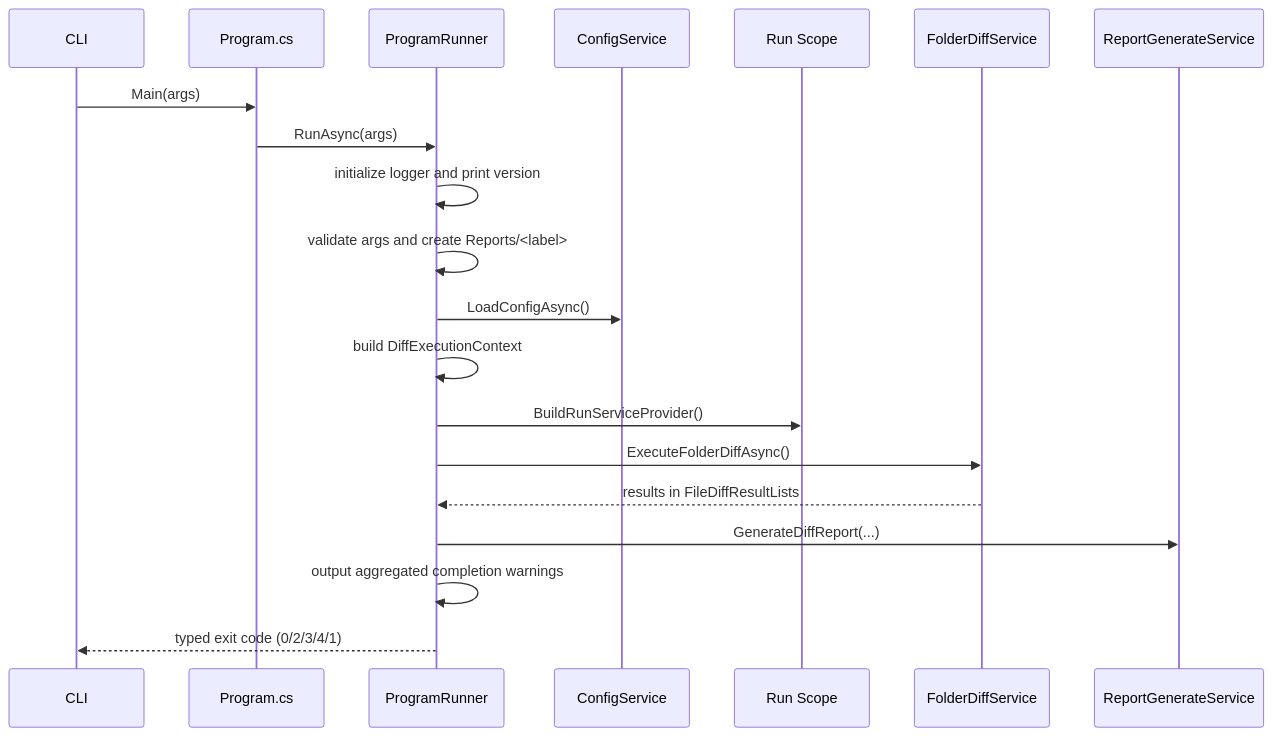
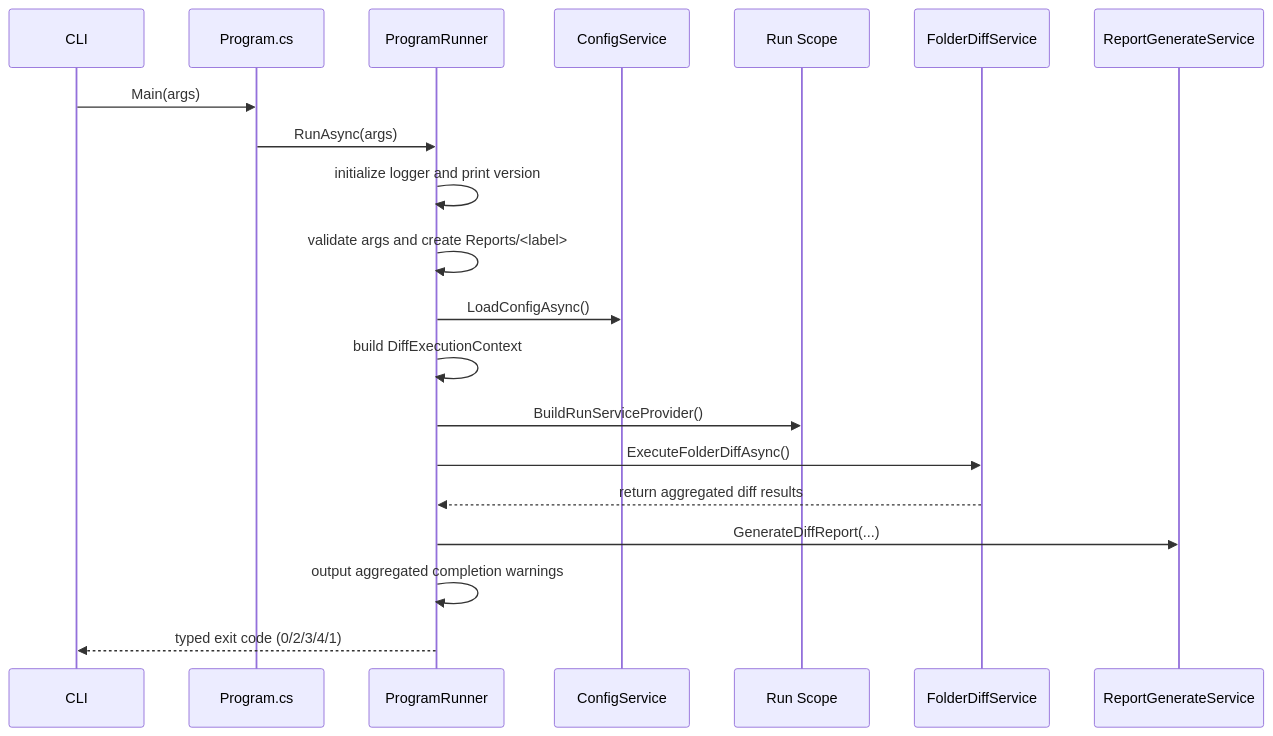
The second of 10 diagrams in doc/DEVELOPER_GUIDE.md (Widthdom/FolderDiffIL4DotNet), drawn with Mermaid before and after one commit. The commit also changed other lines of this file and 5 other files, not shown here.

````diff
--- a/doc/DEVELOPER_GUIDE.md
+++ b/doc/DEVELOPER_GUIDE.md
@@ -124,23 +125,23 @@
 ```mermaid
 sequenceDiagram
     participant CLI as CLI
     participant Program as Program.cs
     participant Runner as ProgramRunner
     participant Config as ConfigService
     participant Scope as Run Scope
     participant Diff as FolderDiffService
     participant Report as ReportGenerateService
 
     CLI->>Program: Main(args)
     Program->>Runner: RunAsync(args)
     Runner->>Runner: initialize logger and print version
     Runner->>Runner: validate args and create Reports/<label>
     Runner->>Config: LoadConfigAsync()
     Runner->>Runner: build DiffExecutionContext
     Runner->>Scope: BuildRunServiceProvider()
     Runner->>Diff: ExecuteFolderDiffAsync()
-    Diff-->>Runner: results in FileDiffResultLists
+    Diff-->>Runner: return aggregated diff results
     Runner->>Report: GenerateDiffReport(...)
     Runner->>Runner: output aggregated completion warnings
     Runner-->>CLI: typed exit code (0/2/3/4/1)
 ```
````
